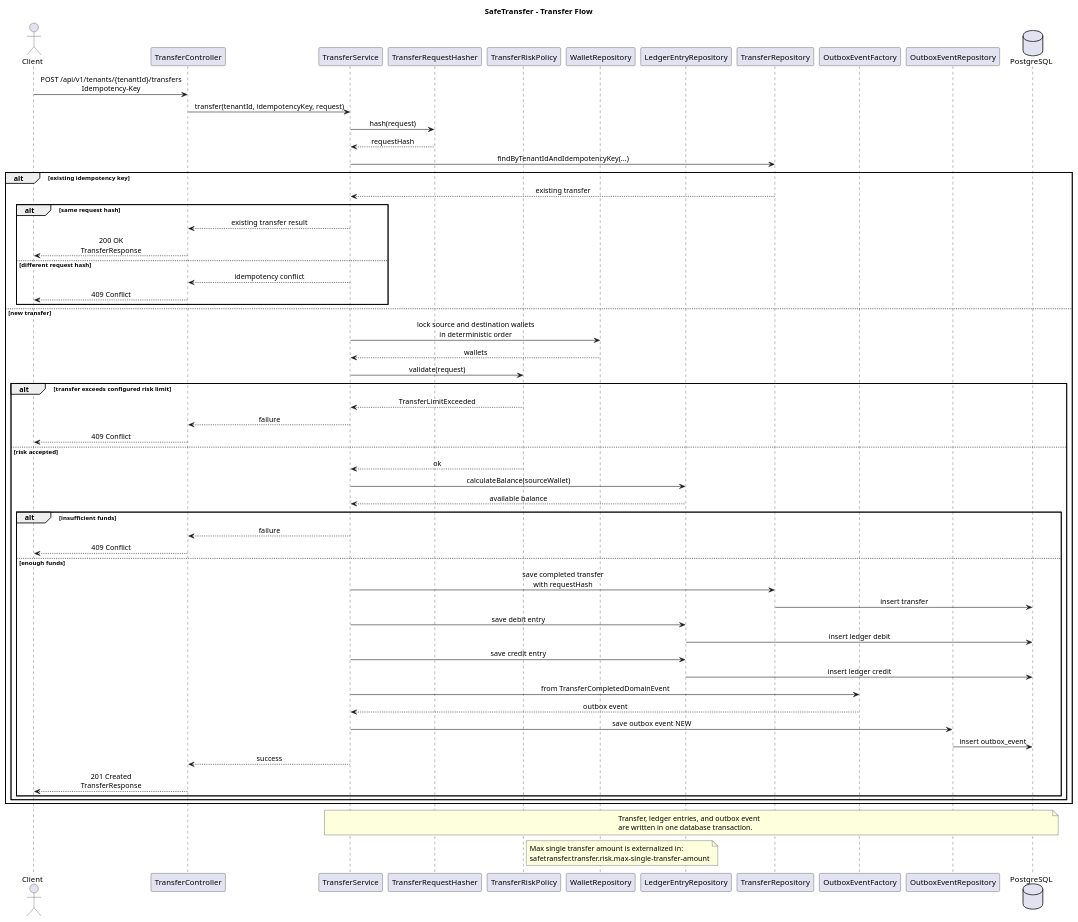
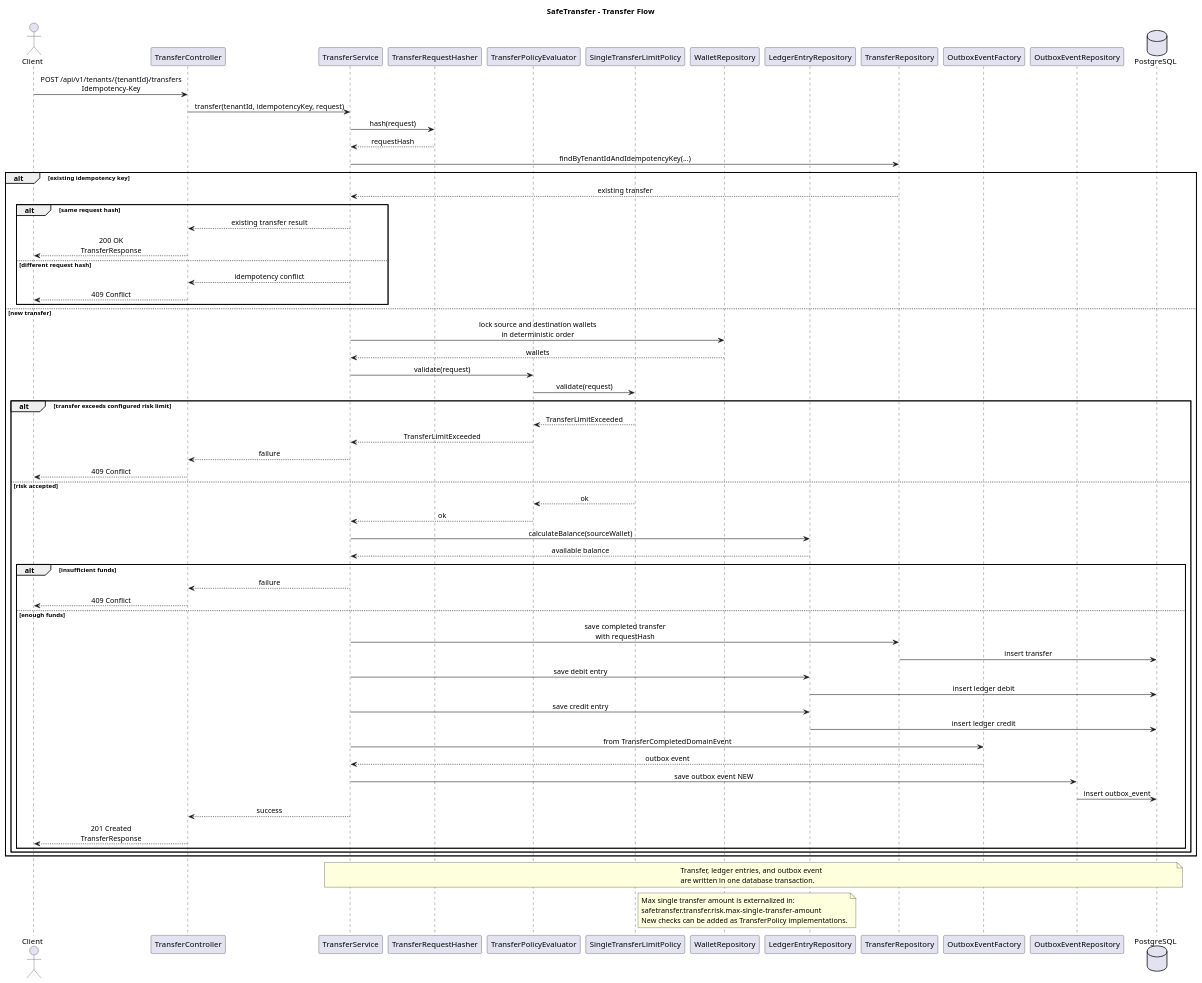
Before and after one commit to ngnowak/safe-transfer: the diagram in architecture/transfer-sequence.puml, drawn with PlantUML. The commit also changed 11 other files, not shown here.

Commit message:
XXX(007): chain of responsibility for  TransferPolicy

```diff
--- a/architecture/transfer-sequence.puml
+++ b/architecture/transfer-sequence.puml
@@ -1,85 +1,90 @@
 @startuml SafeTransfer Transfer Sequence
 title SafeTransfer - Transfer Flow
 
 skinparam shadowing false
 skinparam sequenceMessageAlign center
 
 actor Client
 participant TransferController
 participant TransferService
 participant TransferRequestHasher as Hasher
-participant TransferRiskPolicy as RiskPolicy
+participant TransferPolicyEvaluator as PolicyEvaluator
+participant SingleTransferLimitPolicy as LimitPolicy
 participant WalletRepository
 participant LedgerEntryRepository as LedgerRepository
 participant TransferRepository
 participant OutboxEventFactory
 participant OutboxEventRepository as OutboxRepository
 database PostgreSQL
 
 Client -> TransferController : POST /api/v1/tenants/{tenantId}/transfers\nIdempotency-Key
 TransferController -> TransferService : transfer(tenantId, idempotencyKey, request)
 
 TransferService -> Hasher : hash(request)
 Hasher --> TransferService : requestHash
 
 TransferService -> TransferRepository : findByTenantIdAndIdempotencyKey(...)
 alt existing idempotency key
   TransferRepository --> TransferService : existing transfer
   alt same request hash
     TransferService --> TransferController : existing transfer result
     TransferController --> Client : 200 OK\nTransferResponse
   else different request hash
     TransferService --> TransferController : idempotency conflict
     TransferController --> Client : 409 Conflict
   end
 else new transfer
   TransferService -> WalletRepository : lock source and destination wallets\nin deterministic order
   WalletRepository --> TransferService : wallets
 
-  TransferService -> RiskPolicy : validate(request)
+  TransferService -> PolicyEvaluator : validate(request)
+  PolicyEvaluator -> LimitPolicy : validate(request)
   alt transfer exceeds configured risk limit
-    RiskPolicy --> TransferService : TransferLimitExceeded
+    LimitPolicy --> PolicyEvaluator : TransferLimitExceeded
+    PolicyEvaluator --> TransferService : TransferLimitExceeded
     TransferService --> TransferController : failure
     TransferController --> Client : 409 Conflict
   else risk accepted
-    RiskPolicy --> TransferService : ok
+    LimitPolicy --> PolicyEvaluator : ok
+    PolicyEvaluator --> TransferService : ok
 
     TransferService -> LedgerRepository : calculateBalance(sourceWallet)
     LedgerRepository --> TransferService : available balance
 
     alt insufficient funds
       TransferService --> TransferController : failure
       TransferController --> Client : 409 Conflict
     else enough funds
       TransferService -> TransferRepository : save completed transfer\nwith requestHash
       TransferRepository -> PostgreSQL : insert transfer
 
       TransferService -> LedgerRepository : save debit entry
       LedgerRepository -> PostgreSQL : insert ledger debit
 
       TransferService -> LedgerRepository : save credit entry
       LedgerRepository -> PostgreSQL : insert ledger credit
 
       TransferService -> OutboxEventFactory : from TransferCompletedDomainEvent
       OutboxEventFactory --> TransferService : outbox event
 
       TransferService -> OutboxRepository : save outbox event NEW
       OutboxRepository -> PostgreSQL : insert outbox_event
 
       TransferService --> TransferController : success
       TransferController --> Client : 201 Created\nTransferResponse
     end
   end
 end
 
 note over TransferService,PostgreSQL
   Transfer, ledger entries, and outbox event
   are written in one database transaction.
 end note
 
-note right of RiskPolicy
+note right of LimitPolicy
   Max single transfer amount is externalized in:
   safetransfer.transfer.risk.max-single-transfer-amount
+  New checks can be added as TransferPolicy implementations.
 end note
 
 @enduml
```
